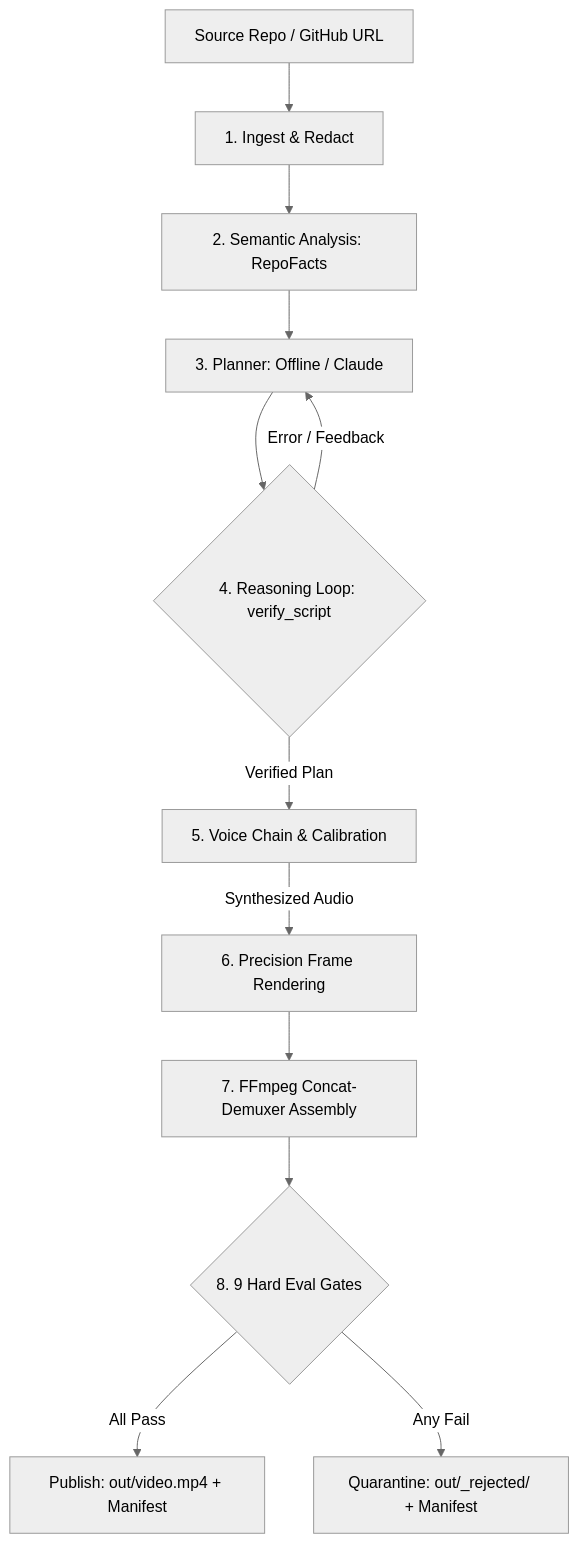
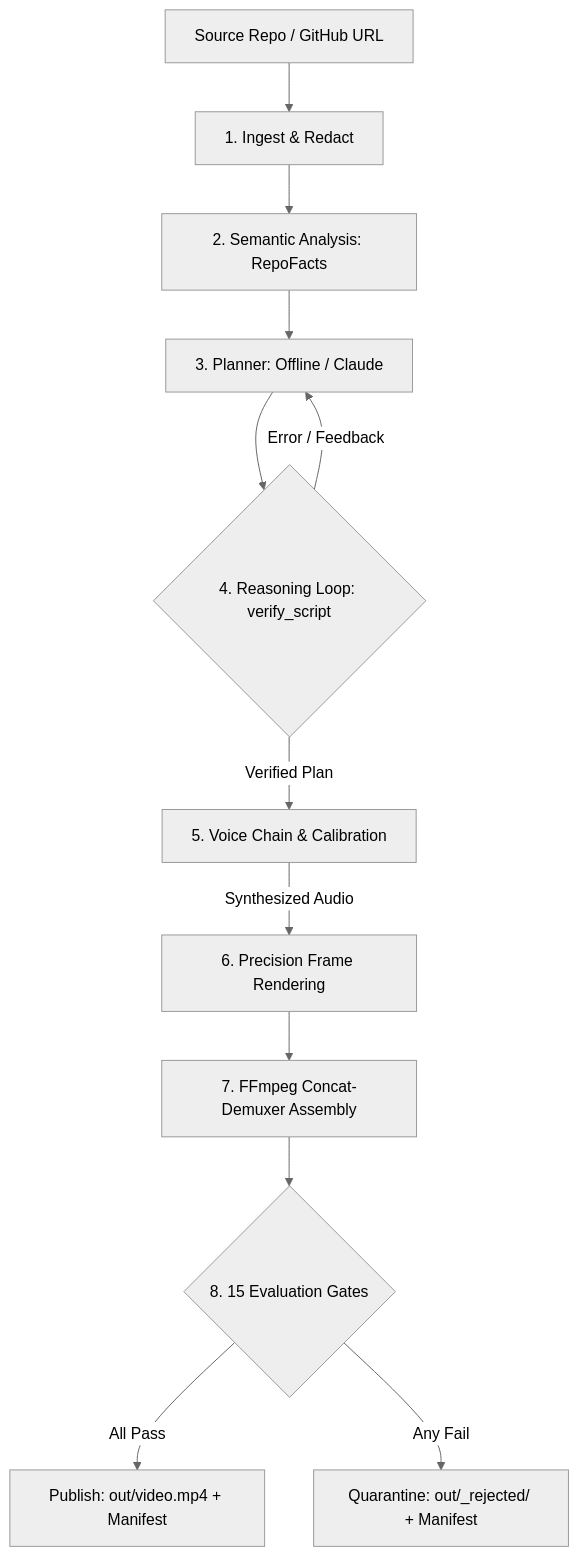
The diagram in README.md (P1Manav/DevVideo), drawn with Mermaid (neutral theme) before and after one commit. The commit also changed other lines of this file and 128 other files, not shown here.

````diff
--- a/README.md
+++ b/README.md
@@ -65,14 +66,14 @@
 ```mermaid
 flowchart TD
     A[Source Repo / GitHub URL] --> B[1. Ingest & Redact]
     B --> C[2. Semantic Analysis: RepoFacts]
     C --> D[3. Planner: Offline / Claude]
     D --> E{4. Reasoning Loop: verify_script}
     E -- Error / Feedback --> D
     E -- Verified Plan --> F[5. Voice Chain & Calibration]
     F -- Synthesized Audio --> G[6. Precision Frame Rendering]
     G --> H[7. FFmpeg Concat-Demuxer Assembly]
-    H --> I{8. 9 Hard Eval Gates}
+    H --> I{8. 15 Evaluation Gates}
     I -- All Pass --> J[Publish: out/video.mp4 + Manifest]
     I -- Any Fail --> K[Quarantine: out/_rejected/ + Manifest]
 ```
````
